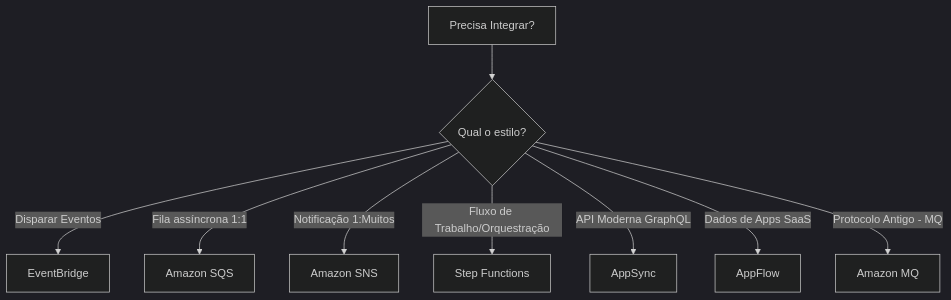
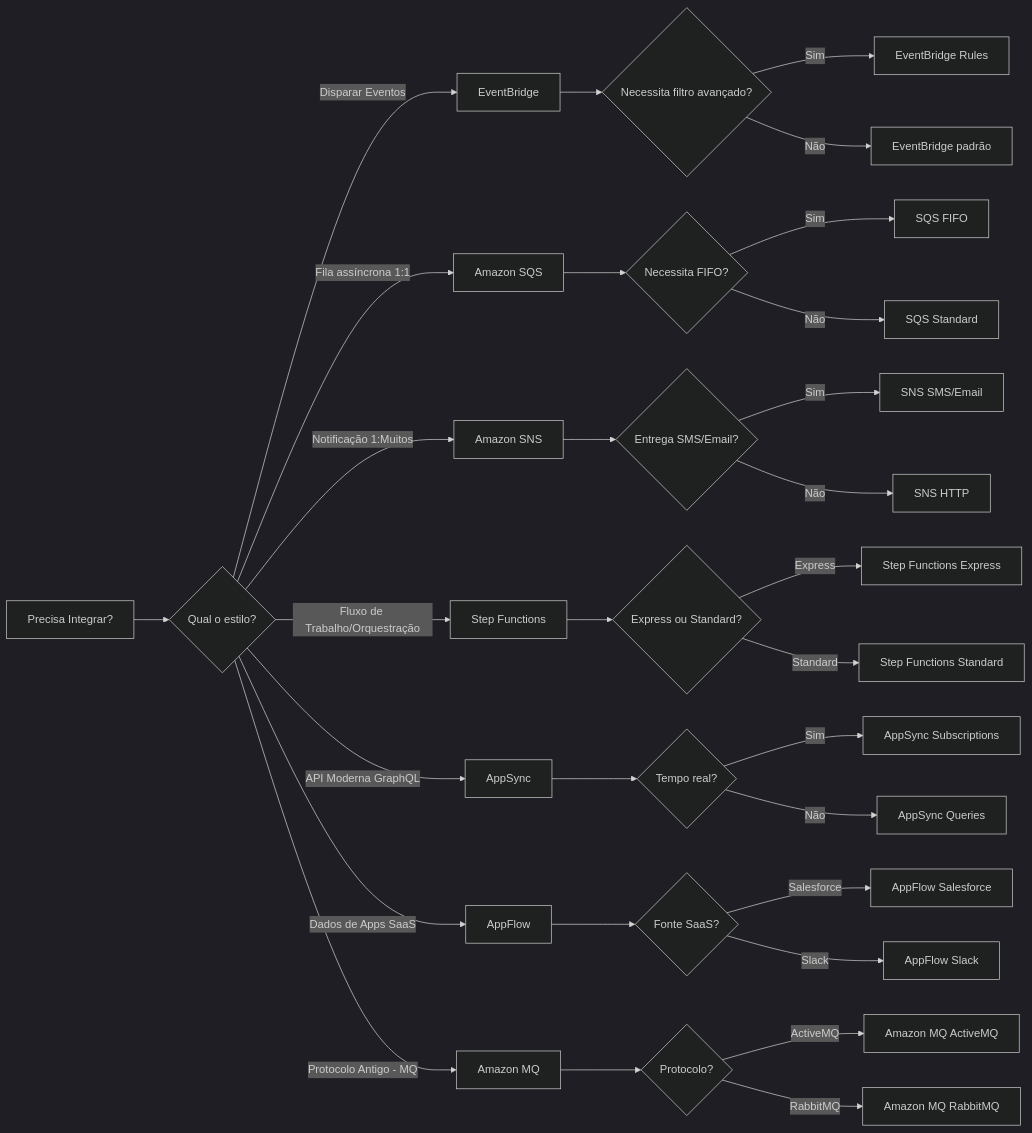
The second of 10 diagrams in FlashCards/Web/wwwroot/minimal/decision-trees-aws-services.md (marcelooliveira/flashcards-aws), drawn with Mermaid (dark theme) before and after one commit. The commit also changed other lines of this file, not shown here.

````diff
--- a/FlashCards/Web/wwwroot/minimal/decision-trees-aws-services.md
+++ b/FlashCards/Web/wwwroot/minimal/decision-trees-aws-services.md
@@ -21,11 +47,32 @@
 ```mermaid
-graph TD
+graph LR
     A[Precisa Integrar?] --> B{Qual o estilo?}
     B -- Disparar Eventos --> C[EventBridge]
+    C --> C1{Necessita filtro avançado?}
+    C1 -- Sim --> C2[EventBridge Rules]
+    C1 -- Não --> C3[EventBridge padrão]
     B -- Fila assíncrona 1:1 --> D[Amazon SQS]
+    D --> D1{Necessita FIFO?}
+    D1 -- Sim --> D2[SQS FIFO]
+    D1 -- Não --> D3[SQS Standard]
     B -- Notificação 1:Muitos --> E[Amazon SNS]
+    E --> E1{Entrega SMS/Email?}
+    E1 -- Sim --> E2[SNS SMS/Email]
+    E1 -- Não --> E3[SNS HTTP]
     B -- Fluxo de Trabalho/Orquestração --> F[Step Functions]
+    F --> F1{Express ou Standard?}
+    F1 -- Express --> F2[Step Functions Express]
+    F1 -- Standard --> F3[Step Functions Standard]
     B -- API Moderna GraphQL --> G[AppSync]
+    G --> G1{Tempo real?}
+    G1 -- Sim --> G2[AppSync Subscriptions]
+    G1 -- Não --> G3[AppSync Queries]
     B -- Dados de Apps SaaS --> H[AppFlow]
+    H --> H1{Fonte SaaS?}
+    H1 -- Salesforce --> H2[AppFlow Salesforce]
+    H1 -- Slack --> H3[AppFlow Slack]
     B -- Protocolo Antigo - MQ --> I[Amazon MQ]
+    I --> I1{Protocolo?}
+    I1 -- ActiveMQ --> I2[Amazon MQ ActiveMQ]
+    I1 -- RabbitMQ --> I3[Amazon MQ RabbitMQ]
 ```
````
